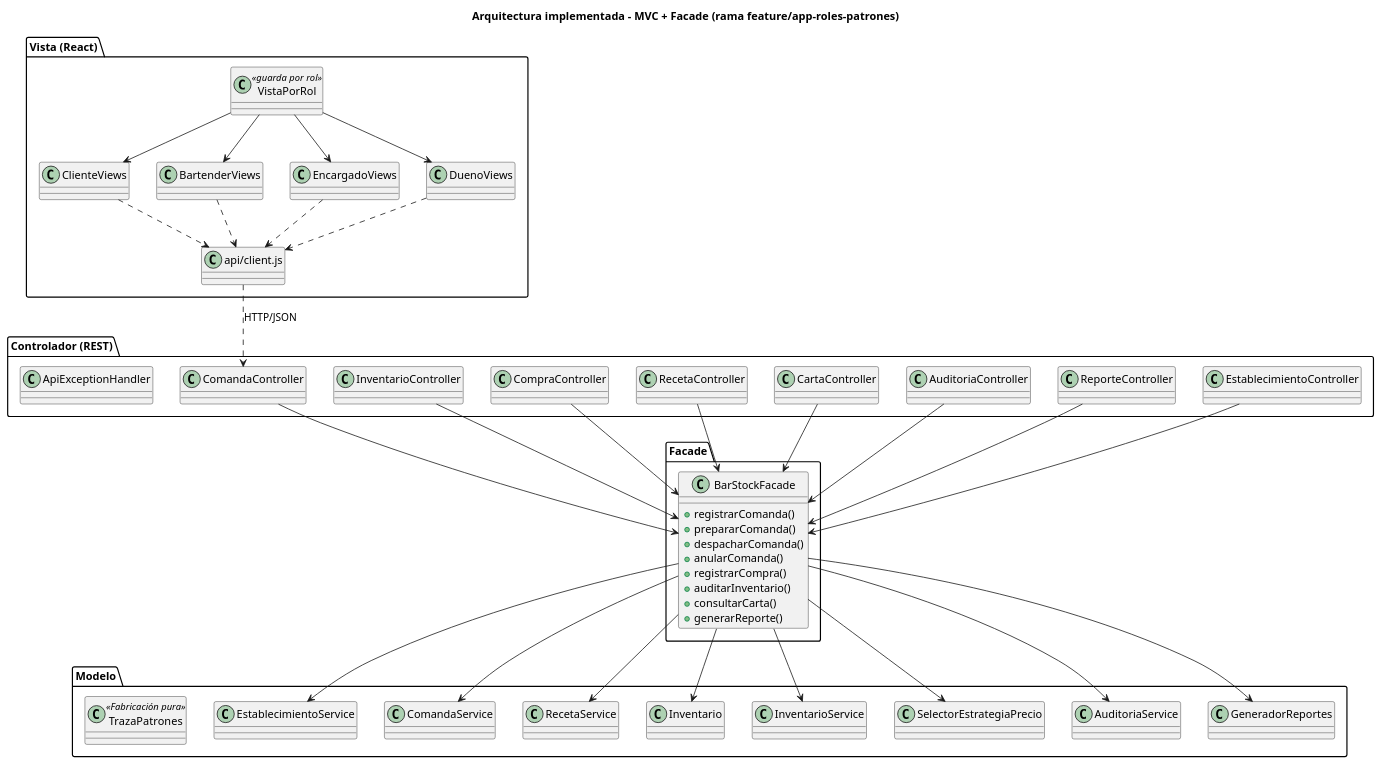
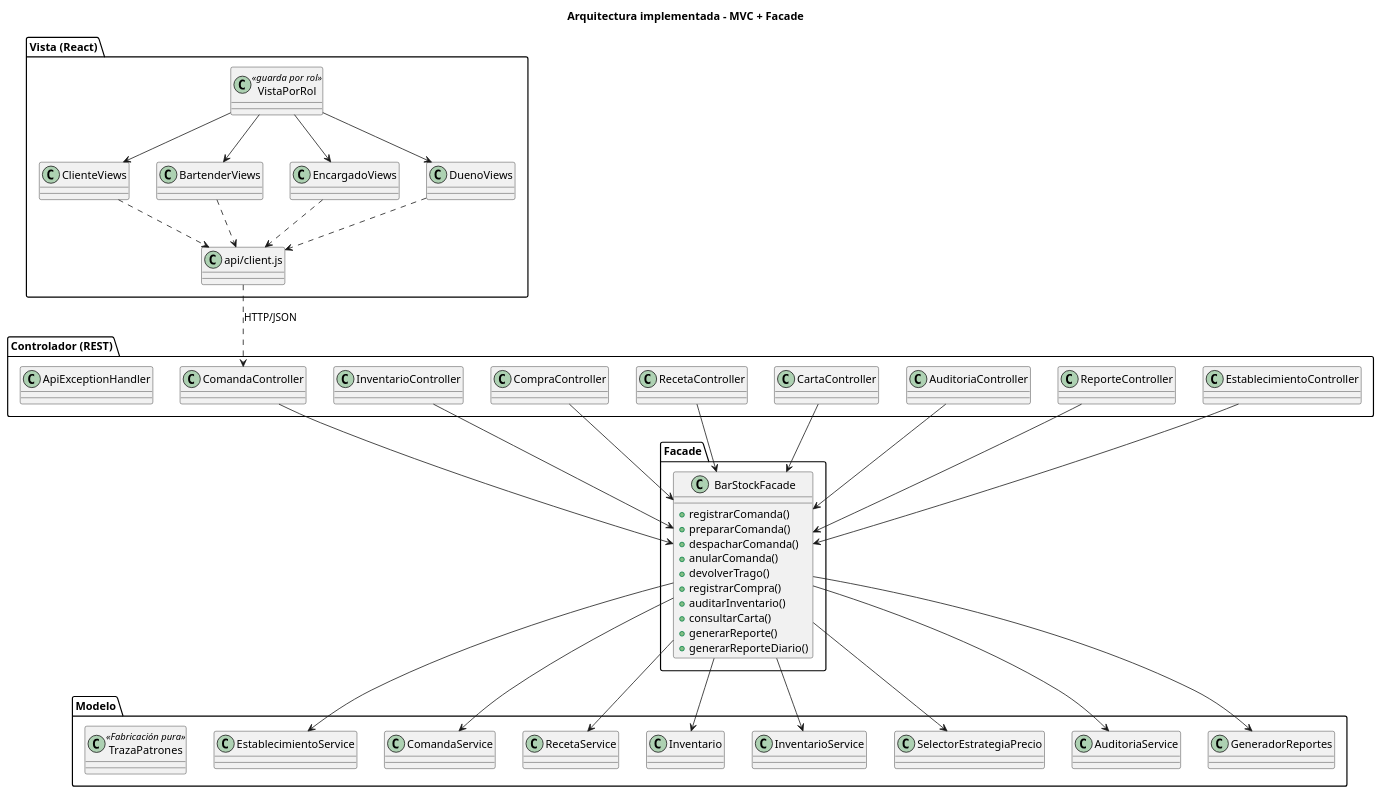
One commit to SantiMorgan/TPO_pdd_Grupo4 changed the first of 5 diagrams in docs/uml/BarStock_Implementado.puml. Above: the diagram before and after it, drawn with PlantUML. The commit also changed other lines of this file and 103 other files, not shown here.

```diff
--- a/docs/uml/BarStock_Implementado.puml
+++ b/docs/uml/BarStock_Implementado.puml
@@ -1,75 +1,77 @@
 @startuml ArquitecturaImplementada
-title Arquitectura implementada - MVC + Facade (rama feature/app-roles-patrones)
+title Arquitectura implementada - MVC + Facade
 
 package "Vista (React)" {
   class VistaPorRol <<guarda por rol>>
   class ClienteViews
   class BartenderViews
   class EncargadoViews
   class DuenoViews
   class "api/client.js" as Cliente
 }
 
 package "Controlador (REST)" {
   class ComandaController
   class InventarioController
   class CompraController
   class RecetaController
   class CartaController
   class AuditoriaController
   class ReporteController
   class EstablecimientoController
   class ApiExceptionHandler
 }
 
 package "Facade" {
   class BarStockFacade {
     +registrarComanda()
     +prepararComanda()
     +despacharComanda()
     +anularComanda()
+    +devolverTrago()
     +registrarCompra()
     +auditarInventario()
     +consultarCarta()
     +generarReporte()
+    +generarReporteDiario()
   }
 }
 
 package "Modelo" {
   class EstablecimientoService
   class ComandaService
   class RecetaService
   class Inventario
   class InventarioService
   class SelectorEstrategiaPrecio
   class AuditoriaService
   class GeneradorReportes
   class TrazaPatrones <<Fabricación pura>>
 }
 
 VistaPorRol --> ClienteViews
 VistaPorRol --> BartenderViews
 VistaPorRol --> EncargadoViews
 VistaPorRol --> DuenoViews
 ClienteViews ..> Cliente
 BartenderViews ..> Cliente
 EncargadoViews ..> Cliente
 DuenoViews ..> Cliente
 Cliente ..> ComandaController : HTTP/JSON
 ComandaController --> BarStockFacade
 InventarioController --> BarStockFacade
 CompraController --> BarStockFacade
 RecetaController --> BarStockFacade
 CartaController --> BarStockFacade
 AuditoriaController --> BarStockFacade
 ReporteController --> BarStockFacade
 EstablecimientoController --> BarStockFacade
 BarStockFacade --> EstablecimientoService
 BarStockFacade --> ComandaService
 BarStockFacade --> RecetaService
 BarStockFacade --> Inventario
 BarStockFacade --> InventarioService
 BarStockFacade --> SelectorEstrategiaPrecio
 BarStockFacade --> AuditoriaService
 BarStockFacade --> GeneradorReportes
 @enduml
```
